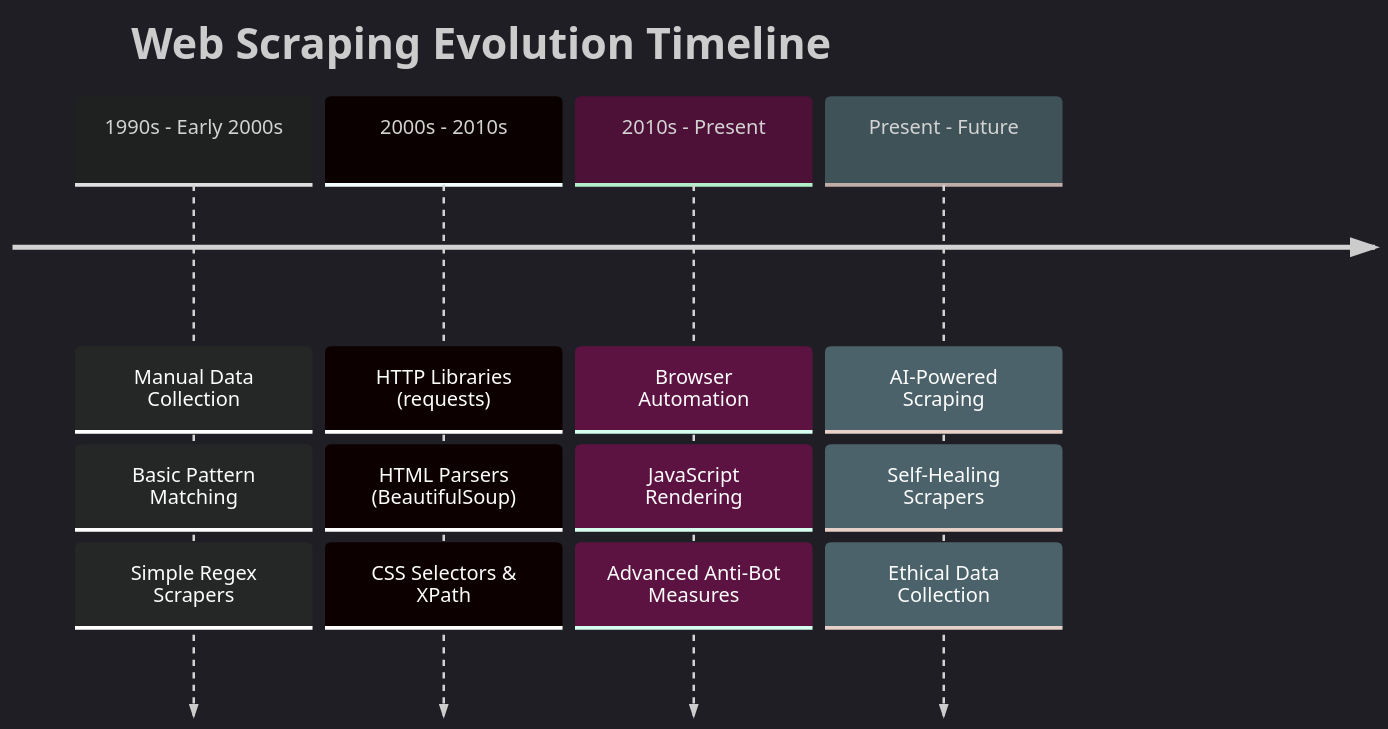
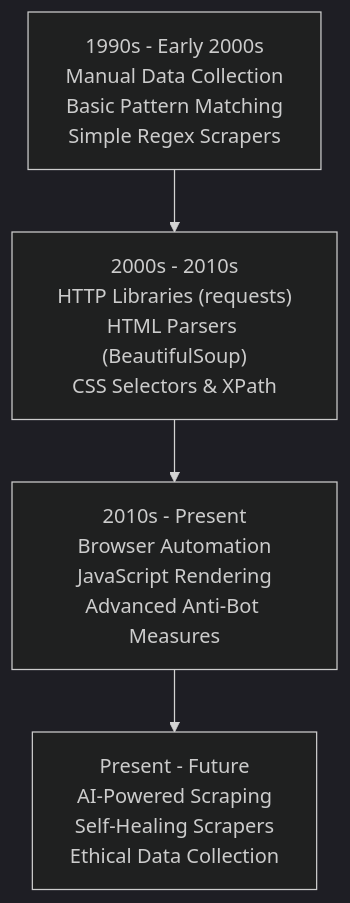
Before and after one commit to bytetunnels/bytetunnels.github.com: the first of 4 diagrams in _posts/2025-04-27-evolution-of-web-scraping-from-then-to-now.md, drawn with Mermaid (dark theme). The commit also changed other lines of this file and 118 other files, not shown here.

Commit message:
feat: improve diagram styling and compact wide flowcharts

````diff
--- a/_posts/2025-04-27-evolution-of-web-scraping-from-then-to-now.md
+++ b/_posts/2025-04-27-evolution-of-web-scraping-from-then-to-now.md
@@ -69,20 +69,11 @@
 ```mermaid
-timeline
-    title Web Scraping Evolution Timeline
-    
-    1990s - Early 2000s : Manual Data Collection
-                        : Basic Pattern Matching
-                        : Simple Regex Scrapers
-    
-    2000s - 2010s      : HTTP Libraries (requests)
-                        : HTML Parsers (BeautifulSoup)
-                        : CSS Selectors & XPath
-    
-    2010s - Present    : Browser Automation
-                        : JavaScript Rendering
-                        : Advanced Anti-Bot Measures
-    
-    Present - Future   : AI-Powered Scraping
-                        : Self-Healing Scrapers
-                        : Ethical Data Collection
+flowchart TD
+    accTitle: Web Scraping Evolution Timeline
+    P0["1990s - Early 2000s<br/>Manual Data Collection<br/>Basic Pattern Matching<br/>Simple Regex Scrapers"]
+    P1["2000s - 2010s<br/>HTTP Libraries (requests)<br/>HTML Parsers (BeautifulSoup)<br/>CSS Selectors & XPath"]
+    P2["2010s - Present<br/>Browser Automation<br/>JavaScript Rendering<br/>Advanced Anti-Bot Measures"]
+    P3["Present - Future<br/>AI-Powered Scraping<br/>Self-Healing Scrapers<br/>Ethical Data Collection"]
+    P0 --> P1
+    P1 --> P2
+    P2 --> P3
 ```
````
